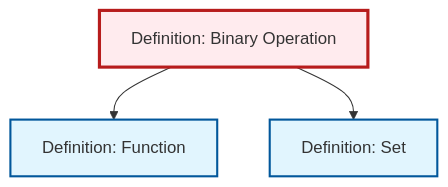
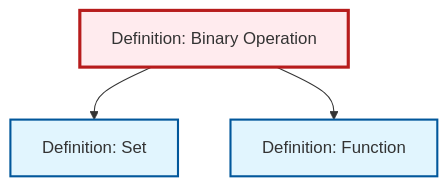
One commit to RK0429/ModernMath changed the diagram in content/en/algebra/def-binary-operation.qmd. Above: the diagram before and after it, drawn with Mermaid. The commit also changed other lines of this file and 654 other files, not shown here.

````diff
--- a/content/en/algebra/def-binary-operation.qmd
+++ b/content/en/algebra/def-binary-operation.qmd
@@ -53,17 +53,17 @@
 ```{mermaid}
 %%| fig-cap: "Local dependency graph"
 graph TD
     classDef definition fill:#e1f5fe,stroke:#01579b,stroke-width:2px
     classDef theorem fill:#f3e5f5,stroke:#4a148c,stroke-width:2px
     classDef axiom fill:#fff3e0,stroke:#e65100,stroke-width:2px
     classDef example fill:#e8f5e9,stroke:#1b5e20,stroke-width:2px
     classDef current fill:#ffebee,stroke:#b71c1c,stroke-width:3px
+    def-set["Definition: Set"]:::definition
+    def-binary-operation["Definition: Binary Operation"]:::definition
     def-function["Definition: Function"]:::definition
-    def-binary-operation["Definition: Binary Operation"]:::definition
-    def-set["Definition: Set"]:::definition
+    def-binary-operation --> def-set
     def-binary-operation --> def-function
-    def-binary-operation --> def-set
     class def-binary-operation current
+    click def-set "def-set.html" "Go to Set definition"
     click def-function "def-function.html" "Go to Function definition"
-    click def-set "def-set.html" "Go to Set definition"
 ```
````
